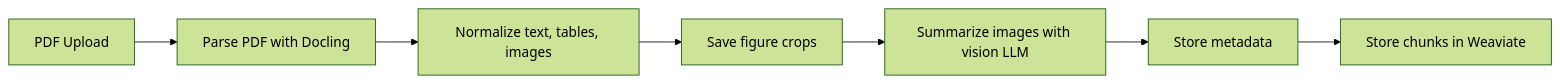
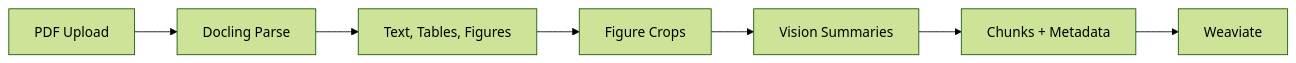
The second of 2 diagrams in README.md (phuocNg964/advanced-rag), drawn with Mermaid (forest theme) before and after one commit. The commit also changed other lines of this file and 44 other files, not shown here.

````diff
--- a/README.md
+++ b/README.md
@@ -273,9 +134,9 @@
 ```mermaid
 graph LR
-    A["PDF Upload"] --> B["Parse PDF with Docling"]
-    B --> C["Normalize text, tables, images"]
-    C --> D["Save figure crops"]
-    D --> E["Summarize images with vision LLM"]
-    E --> F["Store metadata"]
-    F --> G["Store chunks in Weaviate"]
+    A[PDF Upload] --> B[Docling Parse]
+    B --> C[Text, Tables, Figures]
+    C --> D[Figure Crops]
+    D --> E[Vision Summaries]
+    E --> F[Chunks + Metadata]
+    F --> G[Weaviate]
 ```
````
